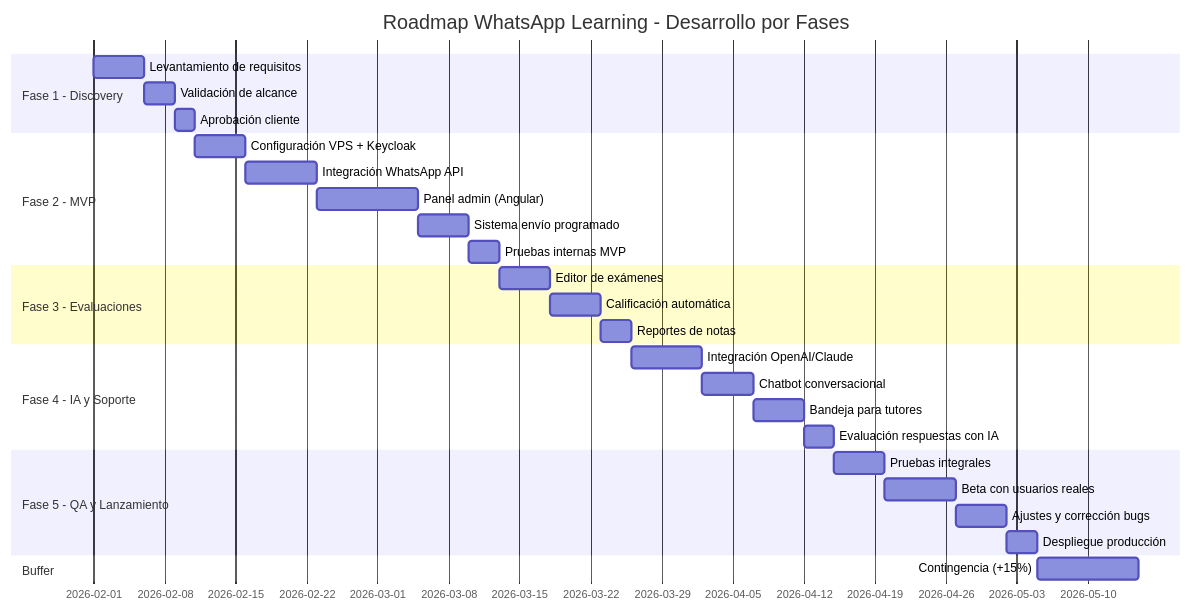
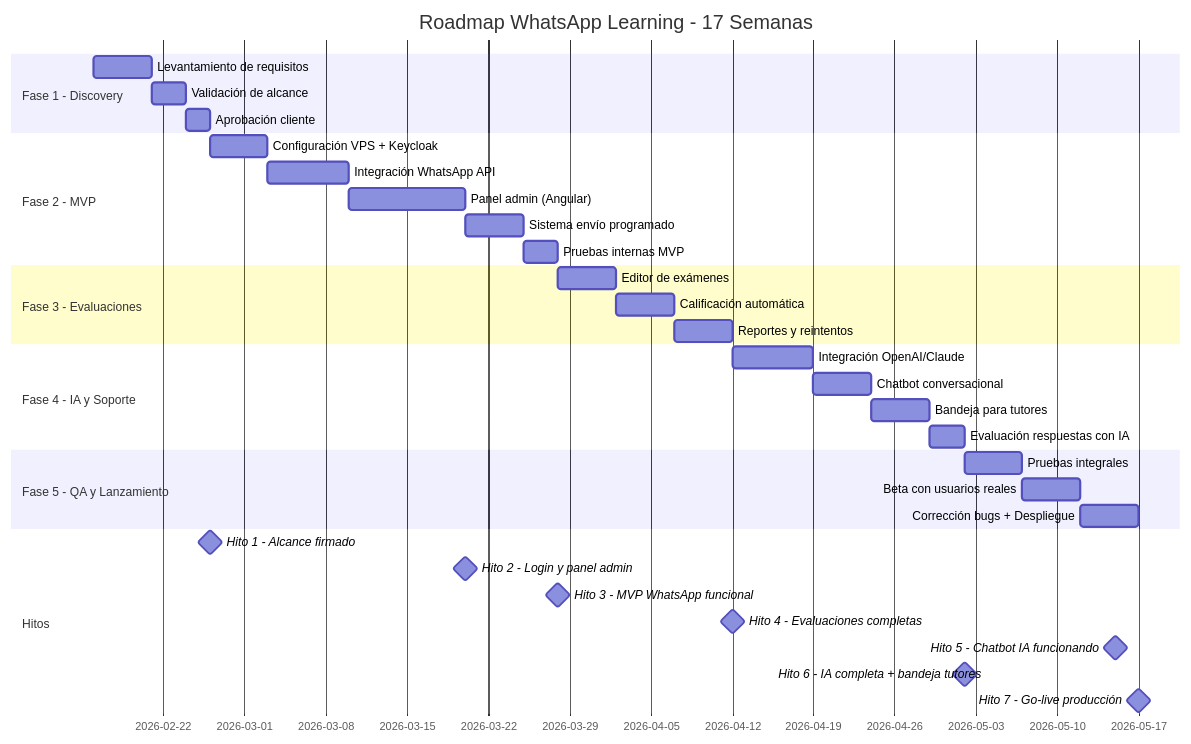
One commit to erikaluciafuertes/Project-Proposals changed the first of 9 diagrams in whatsApp-learning/roadmap.md. Above: the diagram before and after it, drawn with Mermaid. The commit also changed other lines of this file, not shown here.

Commit message:
feat: Update roadmap with 17-week duration, add milestones, team requirements, and detailed phase breakdowns.

````diff
--- a/whatsApp-learning/roadmap.md
+++ b/whatsApp-learning/roadmap.md
@@ -5,37 +5,42 @@
 ```mermaid
 gantt
-    title Roadmap WhatsApp Learning - Desarrollo por Fases
+    title Roadmap WhatsApp Learning - 17 Semanas
     dateFormat  YYYY-MM-DD
     
     section Fase 1 - Discovery
-    Levantamiento de requisitos      :f1a, 2026-02-01, 5d
+    Levantamiento de requisitos      :f1a, 2026-02-16, 5d
     Validación de alcance            :f1b, after f1a, 3d
     Aprobación cliente               :f1c, after f1b, 2d
     
     section Fase 2 - MVP
     Configuración VPS + Keycloak     :f2a, after f1c, 5d
     Integración WhatsApp API         :f2b, after f2a, 7d
     Panel admin (Angular)            :f2c, after f2b, 10d
     Sistema envío programado         :f2d, after f2c, 5d
     Pruebas internas MVP             :f2e, after f2d, 3d
     
     section Fase 3 - Evaluaciones
     Editor de exámenes               :f3a, after f2e, 5d
     Calificación automática          :f3b, after f3a, 5d
-    Reportes de notas                :f3c, after f3b, 3d
+    Reportes y reintentos            :f3c, after f3b, 5d
     
     section Fase 4 - IA y Soporte
     Integración OpenAI/Claude        :f4a, after f3c, 7d
     Chatbot conversacional           :f4b, after f4a, 5d
     Bandeja para tutores             :f4c, after f4b, 5d
     Evaluación respuestas con IA     :f4d, after f4c, 3d
     
     section Fase 5 - QA y Lanzamiento
     Pruebas integrales               :f5a, after f4d, 5d
-    Beta con usuarios reales         :f5b, after f5a, 7d
-    Ajustes y corrección bugs        :f5c, after f5b, 5d
-    Despliegue producción            :f5d, after f5c, 3d
-    
-    section Buffer
-    Contingencia (+15%)              :f6a, after f5d, 10d
+    Beta con usuarios reales         :f5b, after f5a, 5d
+    Corrección bugs + Despliegue     :f5c, after f5b, 5d
+
+    section Hitos
+    Hito 1 - Alcance firmado              :milestone, m1, after f1c, 0d
+    Hito 2 - Login y panel admin           :milestone, m2, 2026-03-20, 0d
+    Hito 3 - MVP WhatsApp funcional        :milestone, m3, after f2e, 0d
+    Hito 4 - Evaluaciones completas        :milestone, m4, after f3c, 0d
+    Hito 5 - Chatbot IA funcionando        :milestone, m5, 2026-05-15, 0d
+    Hito 6 - IA completa + bandeja tutores :milestone, m6, after f4d, 0d
+    Hito 7 - Go-live producción            :milestone, m7, after f5c, 0d
 ```
````
